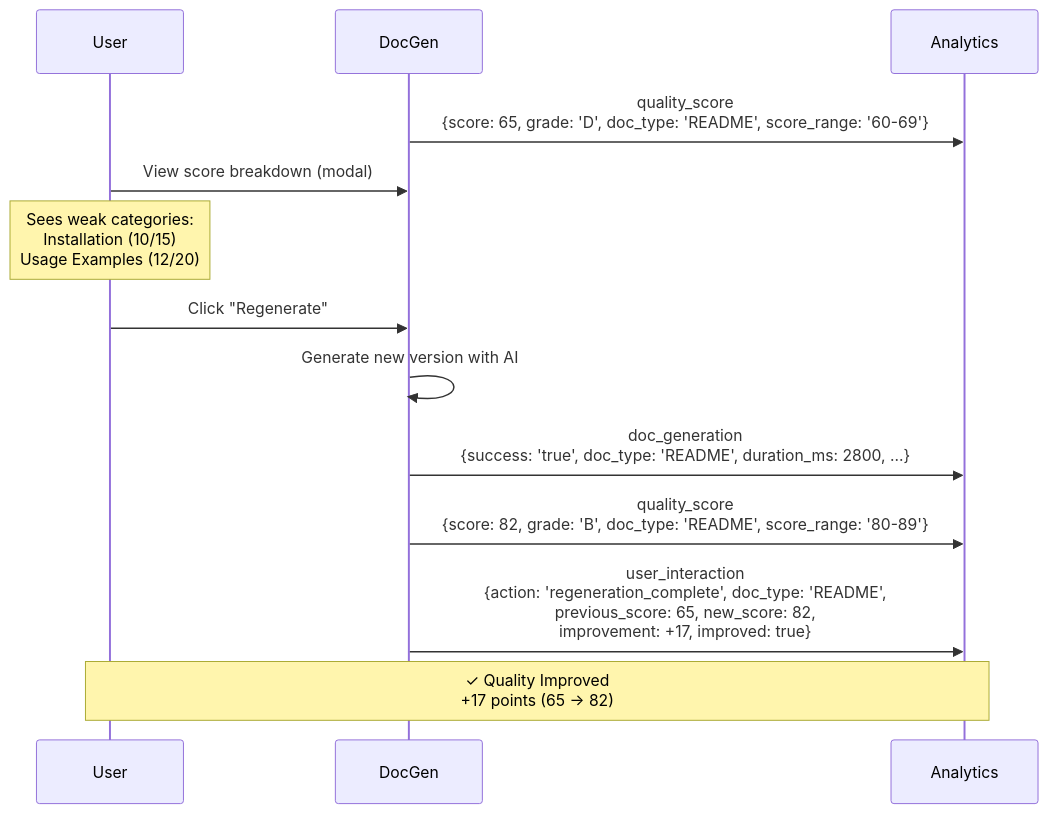
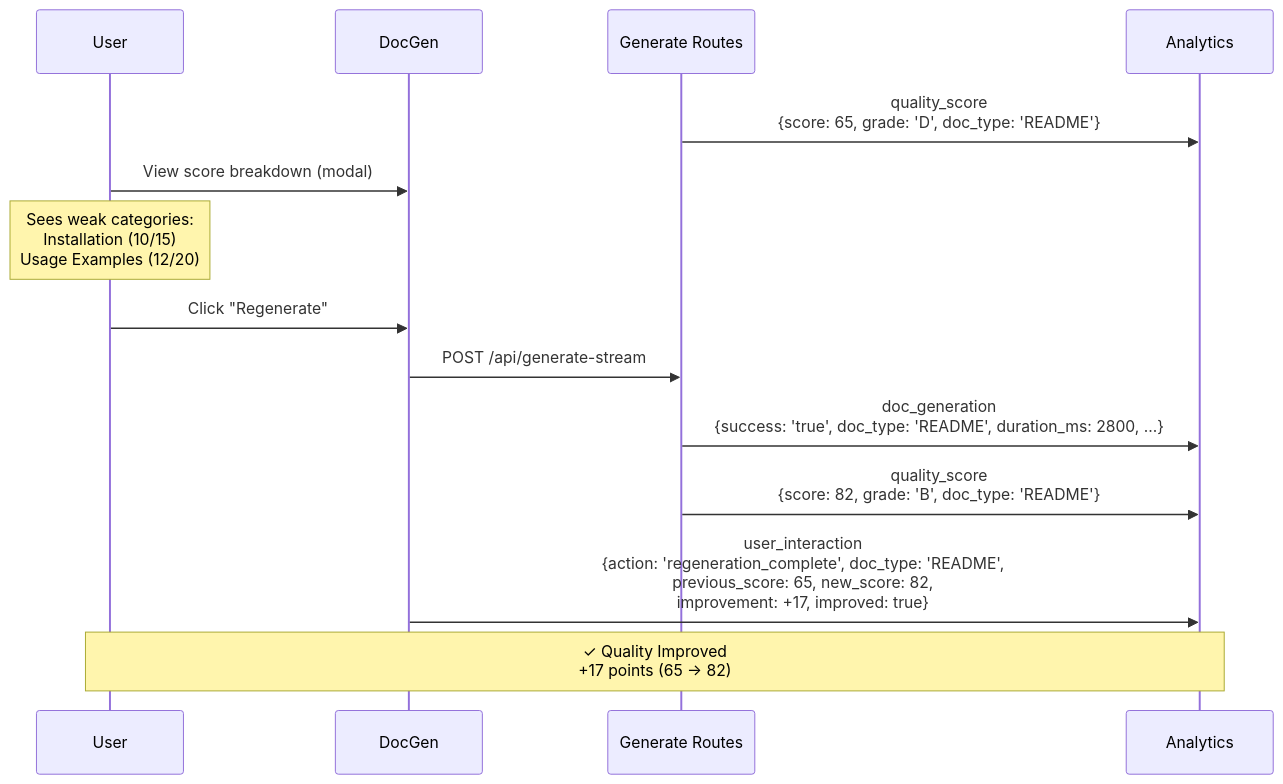
One commit to jmcoleman/codescribe-ai changed the fourth of 6 diagrams in docs/planning/WORKFLOW-EVENTING-FLOW.md. Above: the diagram before and after it, drawn with Mermaid. The commit also changed other lines of this file and 32 other files, not shown here.

````diff
--- a/docs/planning/WORKFLOW-EVENTING-FLOW.md
+++ b/docs/planning/WORKFLOW-EVENTING-FLOW.md
@@ -227,23 +238,22 @@
 ```mermaid
 sequenceDiagram
     participant User
     participant DocGen
+    participant API as Generate Routes
     participant Analytics
 
-    DocGen->>Analytics: quality_score<br/>{score: 65, grade: 'D', doc_type: 'README', score_range: '60-69'}
+    API->>Analytics: quality_score<br/>{score: 65, grade: 'D', doc_type: 'README'}
 
     User->>DocGen: View score breakdown (modal)
     Note over User: Sees weak categories:<br/>Installation (10/15)<br/>Usage Examples (12/20)
 
     User->>DocGen: Click "Regenerate"
+    DocGen->>API: POST /api/generate-stream
 
-    DocGen->>DocGen: Generate new version with AI
-
-    DocGen->>Analytics: doc_generation<br/>{success: 'true', doc_type: 'README', duration_ms: 2800, ...}
-
-    DocGen->>Analytics: quality_score<br/>{score: 82, grade: 'B', doc_type: 'README', score_range: '80-89'}
+    API->>Analytics: doc_generation<br/>{success: 'true', doc_type: 'README', duration_ms: 2800, ...}
+    API->>Analytics: quality_score<br/>{score: 82, grade: 'B', doc_type: 'README'}
 
     DocGen->>Analytics: user_interaction<br/>{action: 'regeneration_complete', doc_type: 'README',<br/>previous_score: 65, new_score: 82,<br/>improvement: +17, improved: true}
 
     Note over User,Analytics: ✓ Quality Improved<br/>+17 points (65 → 82)
 ```
````
